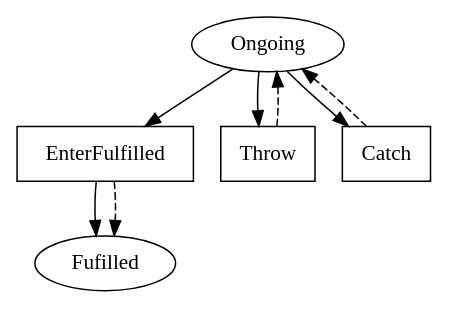
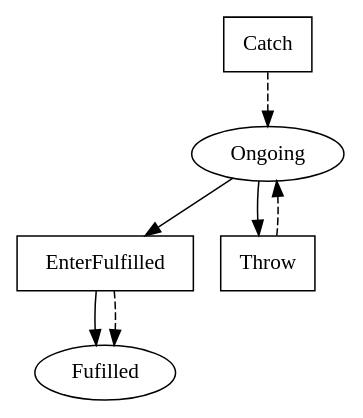
Before and after one commit to Marcao02/complaw-deeptech: the diagram in linear_state_machine_language/pyL4/examples_graphviz_out/toy_and_teaching/minimal_future-actions2.dot, drawn with Graphviz. The commit also changed 37 other files, not shown here.

```diff
--- a/linear_state_machine_language/pyL4/examples_graphviz_out/toy_and_teaching/minimal_future-actions2.dot
+++ b/linear_state_machine_language/pyL4/examples_graphviz_out/toy_and_teaching/minimal_future-actions2.dot
@@ -1,24 +1,23 @@
 // THIS IS A GENERATED FILE. DO NOT EDIT.
 
 digraph test_contract_2_for_must_later {    
     Fulfilled[label=Fufilled];
     Ongoing[label=Ongoing]
     
     EnterFulfilled[label=EnterFufilled,shape=box]; 
     Throw[label=Throw,shape=box];
 	Catch[label=Catch,shape=box];
 	EnterFulfilled[label=EnterFulfilled,shape=box]    
     
     EnterFulfilled -> Fulfilled;
     
     Ongoing -> Throw;
-	Ongoing -> EnterFulfilled;
-	Ongoing -> Catch
+	Ongoing -> EnterFulfilled
     
     Throw -> Ongoing [style=dashed];
 	Catch -> Ongoing [style=dashed];
 	EnterFulfilled -> Fulfilled [style=dashed];
 	     
     
        
 }
```
